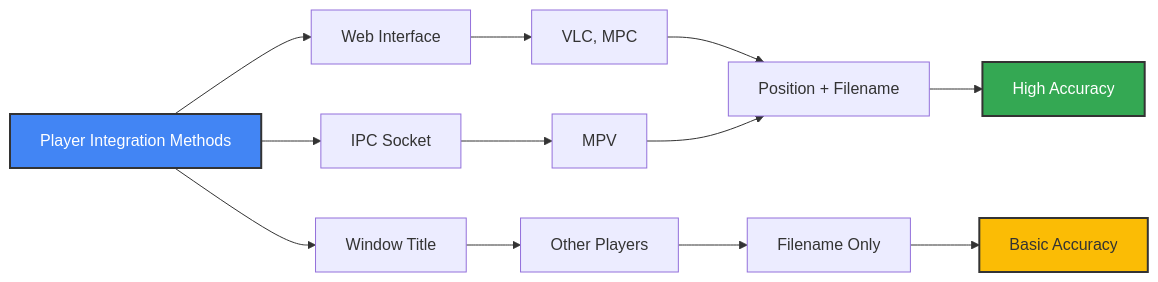
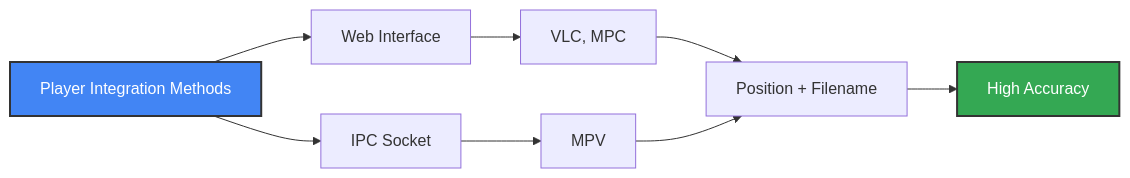
The second of 3 diagrams in docs/media-players.md (ByteTrix/Media-Player-Scrobbler-for-Simkl), drawn with Mermaid before and after one commit. The commit also changed other lines of this file and 6 other files, not shown here.

````diff
--- a/docs/media-players.md
+++ b/docs/media-players.md
@@ -276,17 +271,12 @@
 ```mermaid
 graph LR
     A[Player Integration Methods] --> B[Web Interface]
     A --> C[IPC Socket]
-    A --> D[Window Title]
     B --> E[VLC, MPC]
     C --> F[MPV]
-    D --> G[Other Players]
     E --> H[Position + Filename]
     F --> H
-    G --> I[Filename Only]
     H --> J[High Accuracy]
-    I --> K[Basic Accuracy]
     style A fill:#4285f4,stroke:#333,stroke-width:2px,color:#fff
     style J fill:#34a853,stroke:#333,stroke-width:2px,color:#fff
-    style K fill:#fbbc05,stroke:#333,stroke-width:2px
 ```
````
